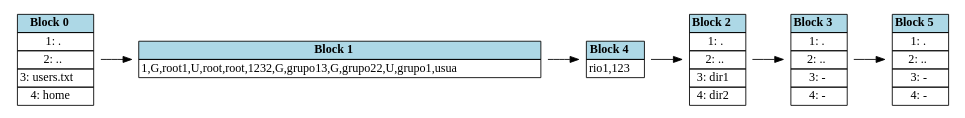
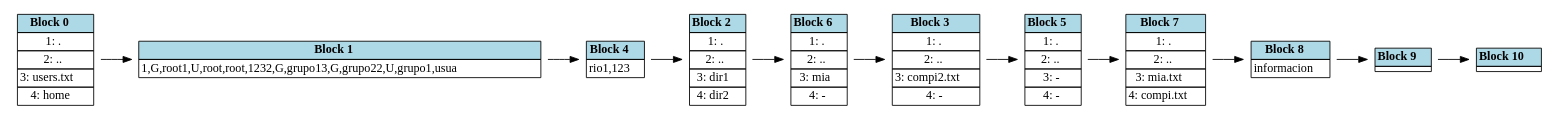
The diagram in backend/output/report_block.dot (AbdielOtzoy/MIA_1S2025_P1_202300350), drawn with Graphviz before and after one commit. The commit also changed 10 other files, not shown here.

```diff
--- a/backend/output/report_block.dot
+++ b/backend/output/report_block.dot
@@ -1,56 +1,92 @@
 digraph G {
 		rankdir=LR; // Alineación horizontal
 		node [shape=plaintext]
 	block0 [label=<
 <table border='0' cellborder='1' cellspacing='0'>
 <tr><td bgcolor='lightblue'><b>Block 0</b></td></tr>
 <tr><td>1: .</td></tr>
 <tr><td>2: ..</td></tr>
 <tr><td>3: users.txt</td></tr>
 <tr><td>4: home</td></tr>
 </table>>];
 block1 [label=<
 <table border='0' cellborder='1' cellspacing='0'>
 <tr><td bgcolor='lightblue'><b>Block 1</b></td></tr>
 <tr><td>1,G,root
 1,U,root,root,123
 2,G,grupo1
 3,G,grupo2
 2,U,grupo1,usua</td></tr>
 </table>>];
 block4 [label=<
 <table border='0' cellborder='1' cellspacing='0'>
 <tr><td bgcolor='lightblue'><b>Block 4</b></td></tr>
 <tr><td>rio1,123
 </td></tr>
 </table>>];
 block2 [label=<
 <table border='0' cellborder='1' cellspacing='0'>
 <tr><td bgcolor='lightblue'><b>Block 2</b></td></tr>
 <tr><td>1: .</td></tr>
 <tr><td>2: ..</td></tr>
 <tr><td>3: dir1</td></tr>
 <tr><td>4: dir2</td></tr>
 </table>>];
+block6 [label=<
+<table border='0' cellborder='1' cellspacing='0'>
+<tr><td bgcolor='lightblue'><b>Block 6</b></td></tr>
+<tr><td>1: .</td></tr>
+<tr><td>2: ..</td></tr>
+<tr><td>3: mia</td></tr>
+<tr><td>4: -</td></tr>
+</table>>];
 block3 [label=<
 <table border='0' cellborder='1' cellspacing='0'>
 <tr><td bgcolor='lightblue'><b>Block 3</b></td></tr>
 <tr><td>1: .</td></tr>
 <tr><td>2: ..</td></tr>
-<tr><td>3: -</td></tr>
+<tr><td>3: compi2.txt</td></tr>
 <tr><td>4: -</td></tr>
 </table>>];
 block5 [label=<
 <table border='0' cellborder='1' cellspacing='0'>
 <tr><td bgcolor='lightblue'><b>Block 5</b></td></tr>
 <tr><td>1: .</td></tr>
 <tr><td>2: ..</td></tr>
 <tr><td>3: -</td></tr>
 <tr><td>4: -</td></tr>
 </table>>];
+block7 [label=<
+<table border='0' cellborder='1' cellspacing='0'>
+<tr><td bgcolor='lightblue'><b>Block 7</b></td></tr>
+<tr><td>1: .</td></tr>
+<tr><td>2: ..</td></tr>
+<tr><td>3: mia.txt</td></tr>
+<tr><td>4: compi.txt</td></tr>
+</table>>];
+block8 [label=<
+<table border='0' cellborder='1' cellspacing='0'>
+<tr><td bgcolor='lightblue'><b>Block 8</b></td></tr>
+<tr><td>informacion</td></tr>
+</table>>];
+block9 [label=<
+<table border='0' cellborder='1' cellspacing='0'>
+<tr><td bgcolor='lightblue'><b>Block 9</b></td></tr>
+<tr><td></td></tr>
+</table>>];
+block10 [label=<
+<table border='0' cellborder='1' cellspacing='0'>
+<tr><td bgcolor='lightblue'><b>Block 10</b></td></tr>
+<tr><td></td></tr>
+</table>>];
 block0 -> block1;
 block1 -> block4;
 block4 -> block2;
-block2 -> block3;
+block2 -> block6;
+block6 -> block3;
 block3 -> block5;
+block5 -> block7;
+block7 -> block8;
+block8 -> block9;
+block9 -> block10;
 }
```
